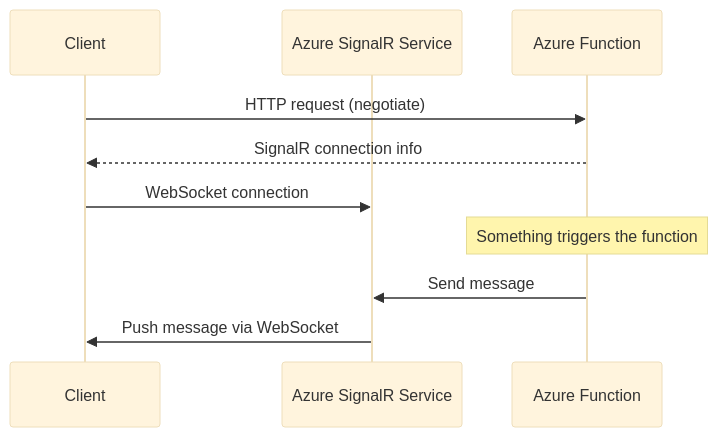
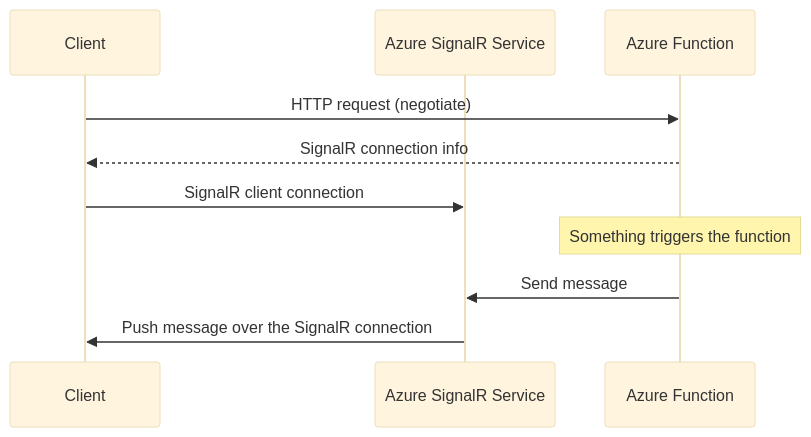
The diagram in posts/2026-02-16-how-to-set-up-azure-signalr-service-in-serverless-mode-with-azure-functions/README.md (OneUptime/blog), drawn with Mermaid (base theme) before and after one commit. The commit also changed other lines of this file and 2 other files, not shown here.

````diff
--- a/posts/2026-02-16-how-to-set-up-azure-signalr-service-in-serverless-mode-with-azure-functions/README.md
+++ b/posts/2026-02-16-how-to-set-up-azure-signalr-service-in-serverless-mode-with-azure-functions/README.md
@@ -25,13 +25,13 @@
 ```mermaid
 sequenceDiagram
     participant Client
     participant SignalR as Azure SignalR Service
     participant Function as Azure Function
 
     Client->>Function: HTTP request (negotiate)
     Function-->>Client: SignalR connection info
-    Client->>SignalR: WebSocket connection
+    Client->>SignalR: SignalR client connection
     Note over Function: Something triggers the function
     Function->>SignalR: Send message
-    SignalR->>Client: Push message via WebSocket
+    SignalR->>Client: Push message over the SignalR connection
 ```
````
